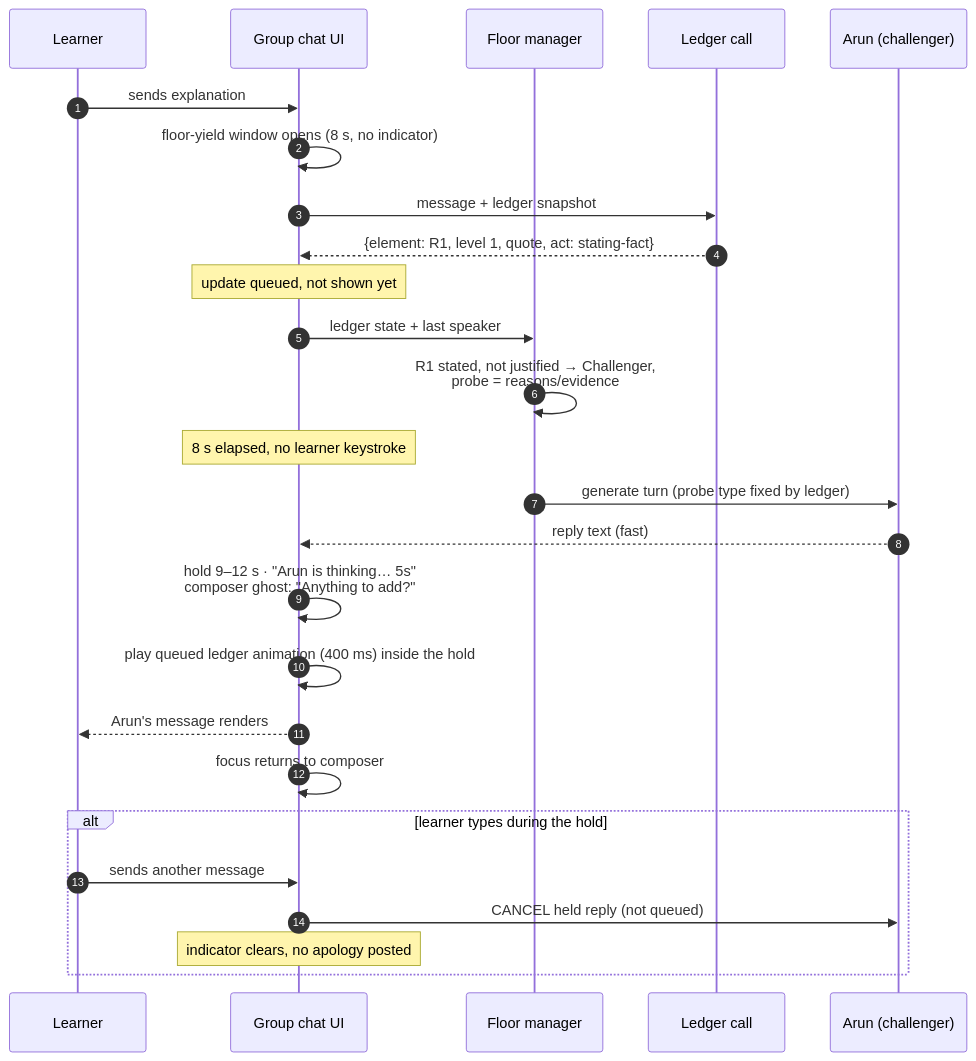
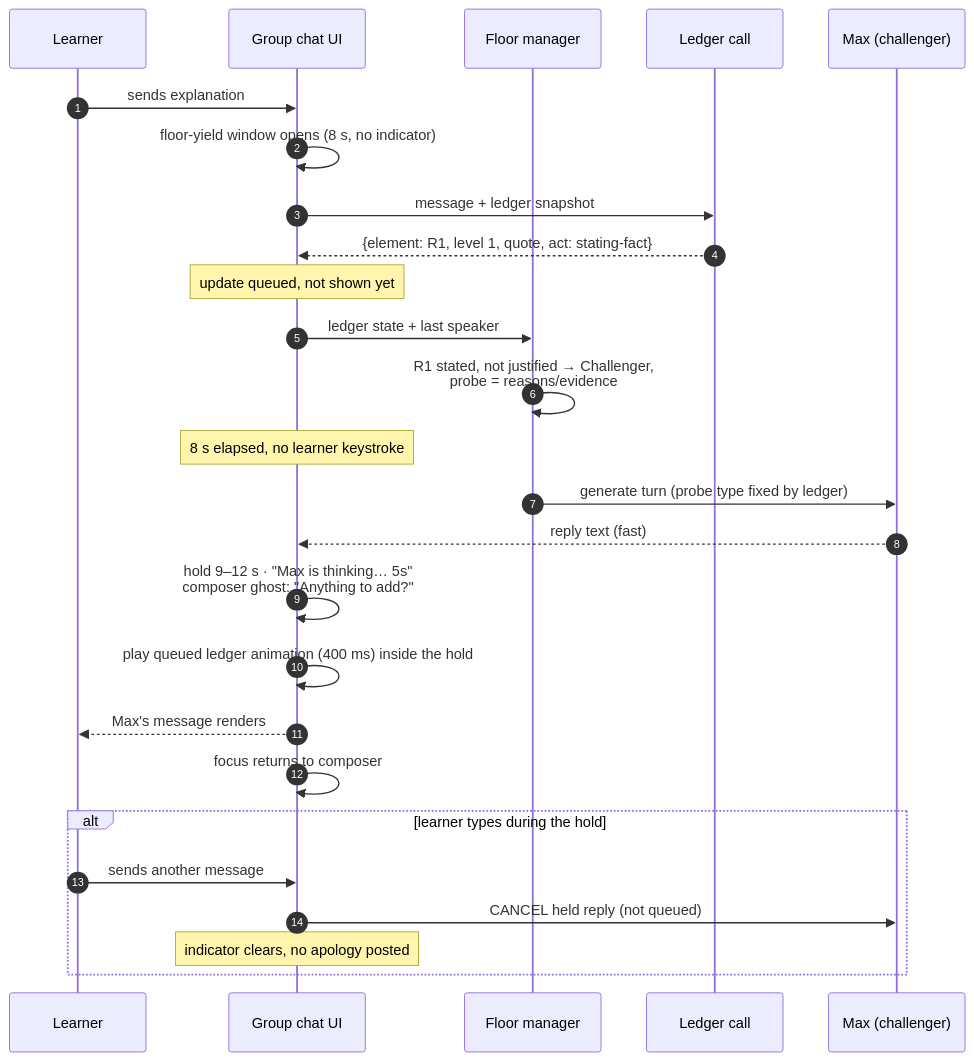
Before and after one commit to lucasisnotcool/ChatterED: the first of 5 diagrams in docs/research/product-design.md, drawn with Mermaid. The commit also changed other lines of this file and 7 other files, not shown here.

First line of the commit message:
Rename agents to Ellie (Peer), Max (Challenger), Theo (Tutee) across research docs

````diff
--- a/docs/research/product-design.md
+++ b/docs/research/product-design.md
@@ -1240,29 +1240,29 @@
 ```mermaid
 sequenceDiagram
     autonumber
     participant L as Learner
     participant UI as Group chat UI
     participant FM as Floor manager
     participant LG as Ledger call
-    participant A as Arun (challenger)
+    participant A as Max (challenger)
 
     L->>UI: sends explanation
     UI->>UI: floor-yield window opens (8 s, no indicator)
     UI->>LG: message + ledger snapshot
     LG-->>UI: {element: R1, level 1, quote, act: stating-fact}
     Note over UI: update queued, not shown yet
     UI->>FM: ledger state + last speaker
     FM->>FM: R1 stated, not justified → Challenger,<br/>probe = reasons/evidence
     Note over UI: 8 s elapsed, no learner keystroke
     FM->>A: generate turn (probe type fixed by ledger)
     A-->>UI: reply text (fast)
-    UI->>UI: hold 9–12 s · "Arun is thinking… 5s"<br/>composer ghost: "Anything to add?"
+    UI->>UI: hold 9–12 s · "Max is thinking… 5s"<br/>composer ghost: "Anything to add?"
     UI->>UI: play queued ledger animation (400 ms) inside the hold
-    UI-->>L: Arun's message renders
+    UI-->>L: Max's message renders
     UI->>UI: focus returns to composer
     alt learner types during the hold
         L->>UI: sends another message
         UI->>A: CANCEL held reply (not queued)
         Note over UI: indicator clears, no apology posted
     end
 ```
````
